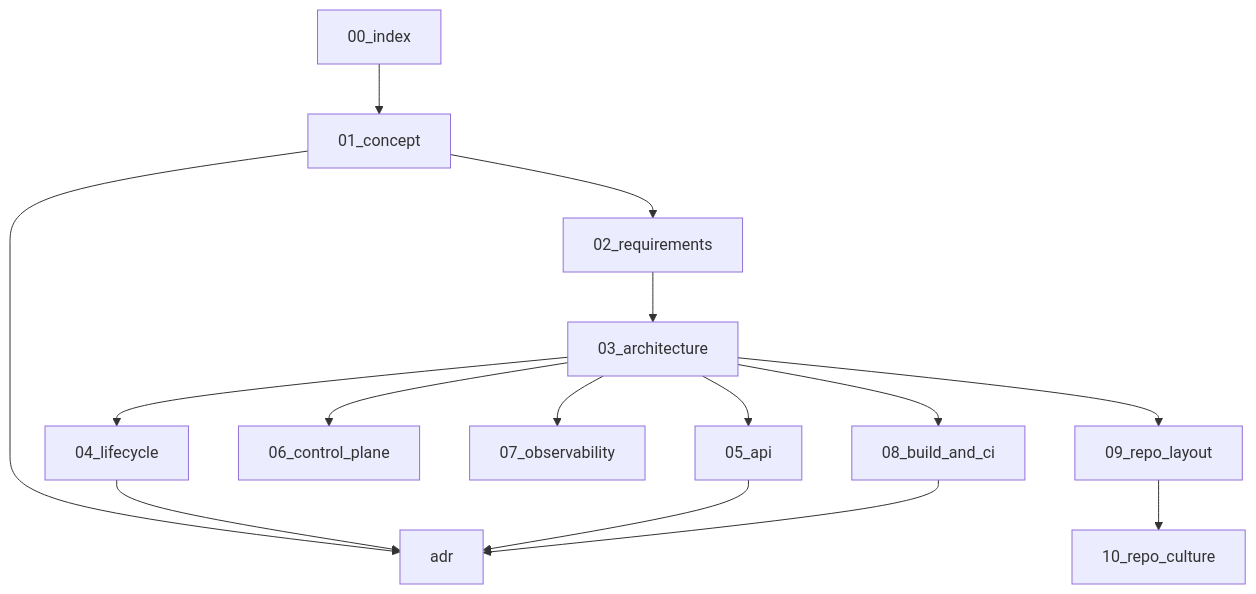
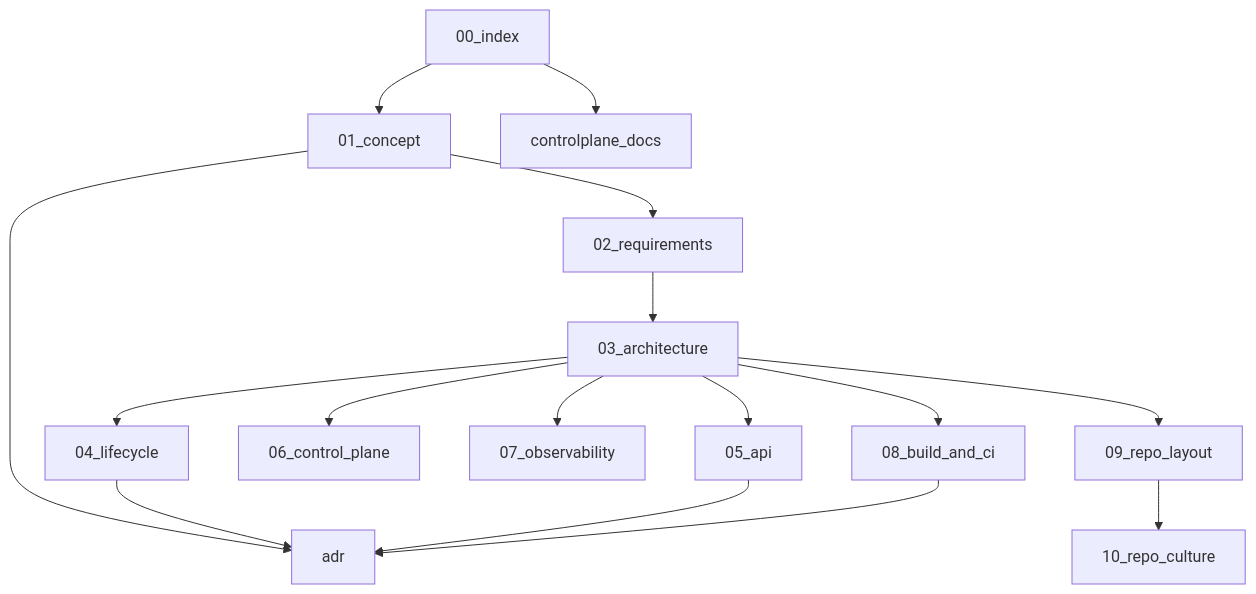
Before and after one commit to ne-tort/sing-box-subserver: the diagram in docs/00-index.md, drawn with Mermaid. The commit also changed other lines of this file and 63 other files, not shown here.

````diff
--- a/docs/00-index.md
+++ b/docs/00-index.md
@@ -5,27 +5,29 @@
 ```mermaid
 flowchart TD
   idx[00_index]
   concept[01_concept]
   req[02_requirements]
   arch[03_architecture]
   life[04_lifecycle]
   api[05_api]
   cp[06_control_plane]
   obs[07_observability]
   build[08_build_and_ci]
   layout[09_repo_layout]
   culture[10_repo_culture]
   adr[adr]
+  cpmod[controlplane_docs]
   idx --> concept --> req --> arch
   arch --> life
   arch --> api
   arch --> cp
   arch --> obs
   arch --> build
   arch --> layout
   layout --> culture
   concept --> adr
   life --> adr
   api --> adr
   build --> adr
+  idx --> cpmod
 ```
````
